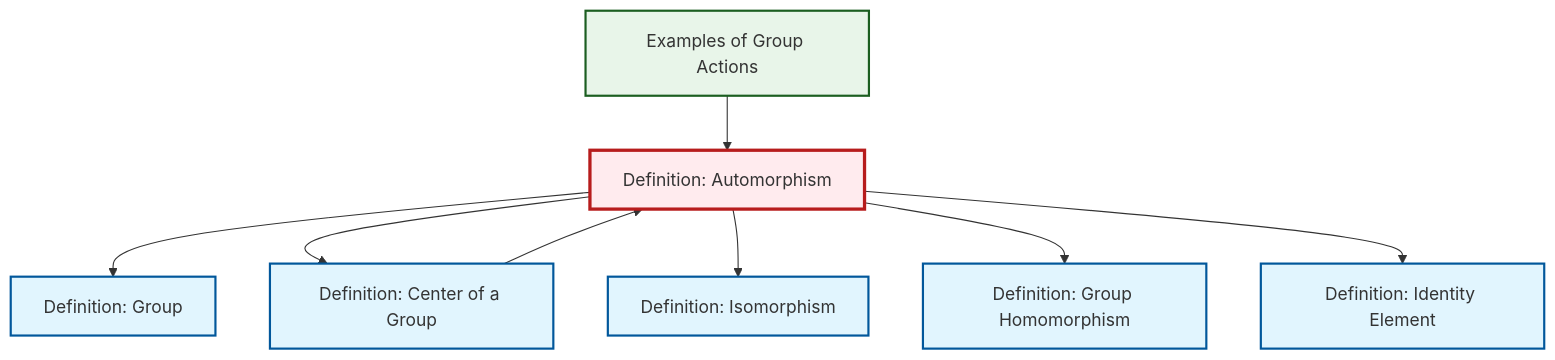
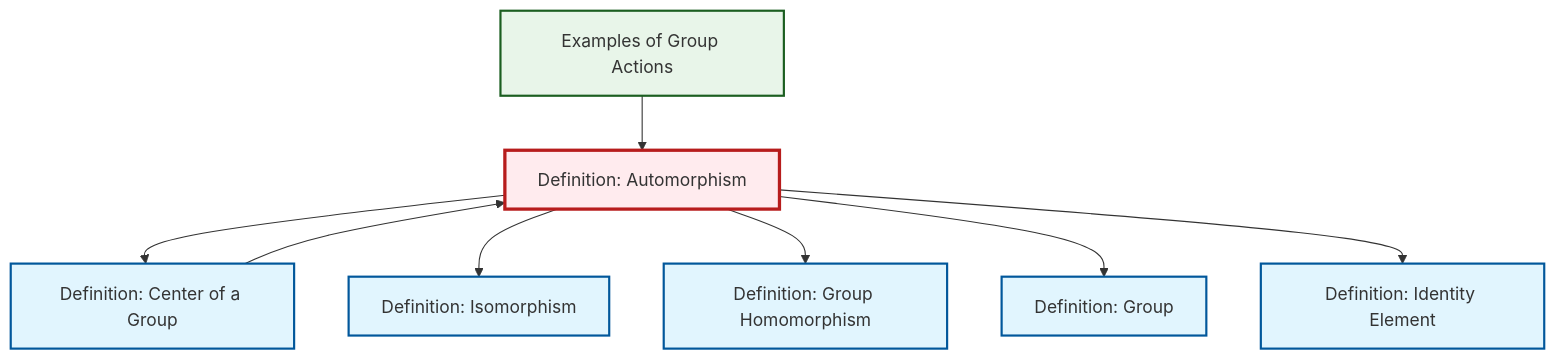
Before and after one commit to RK0429/ModernMath: the diagram in content/en/algebra/def-automorphism.qmd, drawn with Mermaid. The commit also changed other lines of this file and 328 other files, not shown here.

````diff
--- a/content/en/algebra/def-automorphism.qmd
+++ b/content/en/algebra/def-automorphism.qmd
@@ -101,30 +101,30 @@
 ```{mermaid}
 %%| fig-cap: "Local dependency graph"
 graph TD
     classDef definition fill:#e1f5fe,stroke:#01579b,stroke-width:2px
     classDef theorem fill:#f3e5f5,stroke:#4a148c,stroke-width:2px
     classDef axiom fill:#fff3e0,stroke:#e65100,stroke-width:2px
     classDef example fill:#e8f5e9,stroke:#1b5e20,stroke-width:2px
     classDef current fill:#ffebee,stroke:#b71c1c,stroke-width:3px
     ex-group-action-examples["Examples of Group Actions"]:::example
+    def-automorphism["Definition: Automorphism"]:::definition
+    def-identity-element["Definition: Identity Element"]:::definition
     def-isomorphism["Definition: Isomorphism"]:::definition
-    def-automorphism["Definition: Automorphism"]:::definition
-    def-homomorphism["Definition: Group Homomorphism"]:::definition
-    def-identity-element["Definition: Identity Element"]:::definition
     def-group["Definition: Group"]:::definition
     def-center-of-group["Definition: Center of a Group"]:::definition
-    def-automorphism --> def-group
+    def-homomorphism["Definition: Group Homomorphism"]:::definition
+    def-center-of-group --> def-automorphism
     def-automorphism --> def-center-of-group
     def-automorphism --> def-isomorphism
     def-automorphism --> def-homomorphism
-    def-center-of-group --> def-automorphism
     ex-group-action-examples --> def-automorphism
+    def-automorphism --> def-group
     def-automorphism --> def-identity-element
     class def-automorphism current
     click ex-group-action-examples "ex-group-action-examples.html" "Go to Examples of Group Actions"
+    click def-identity-element "def-identity-element.html" "Go to Identity Element definition"
     click def-isomorphism "def-isomorphism.html" "Go to Isomorphism definition"
-    click def-homomorphism "def-homomorphism.html" "Go to Group Homomorphism definition"
-    click def-identity-element "def-identity-element.html" "Go to Identity Element definition"
     click def-group "def-group.html" "Go to Group definition"
     click def-center-of-group "def-center-of-group.html" "Go to Center of a Group definition"
+    click def-homomorphism "def-homomorphism.html" "Go to Group Homomorphism definition"
 ```
````
